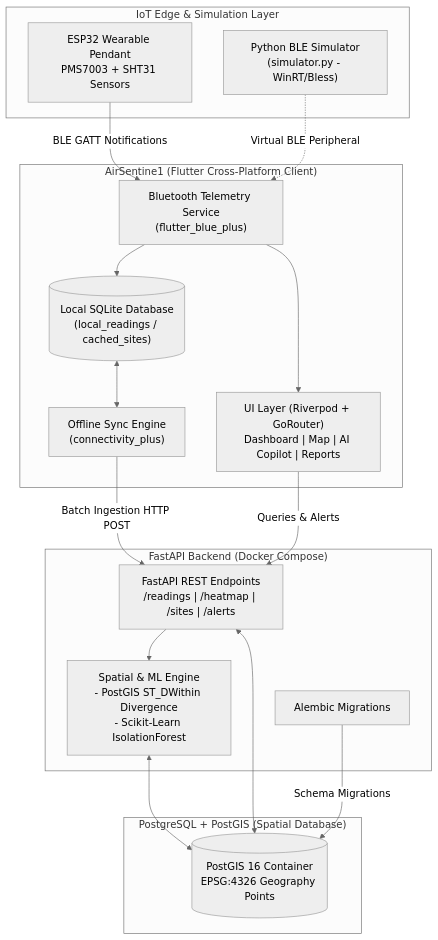
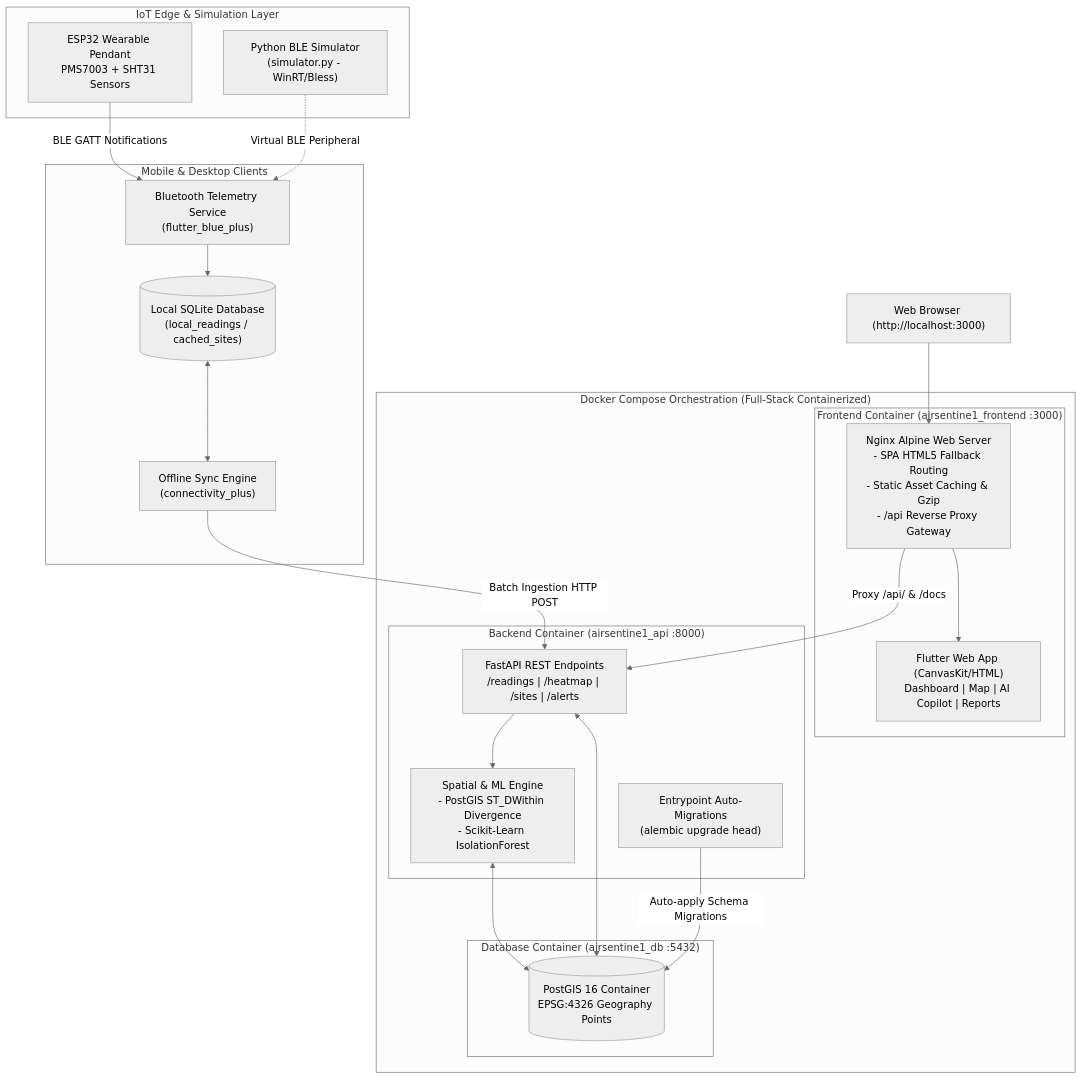
The first of 2 diagrams in README.md (anushkadwivedi75-dot/IPD_AQI), drawn with Mermaid (neutral theme) before and after one commit. The commit also changed other lines of this file and 14 other files, not shown here.

Commit message:
feat: add docker containerization support and API service layer for full-stack deployment

````diff
--- a/README.md
+++ b/README.md
@@ -58,36 +58,45 @@
 ```mermaid
 flowchart TD
     subgraph IoT_Hardware["IoT Edge & Simulation Layer"]
         ESP32["ESP32 Wearable Pendant\nPMS7003 + SHT31 Sensors"]
         SIM["Python BLE Simulator\n(simulator.py - WinRT/Bless)"]
     end
 
-    subgraph Client_App["AirSentine1 (Flutter Cross-Platform Client)"]
+    subgraph Docker_Stack["Docker Compose Orchestration (Full-Stack Containerized)"]
+        subgraph Frontend_Container["Frontend Container (airsentine1_frontend :3000)"]
+            NGINX["Nginx Alpine Web Server\n- SPA HTML5 Fallback Routing\n- Static Asset Caching & Gzip\n- /api Reverse Proxy Gateway"]
+            FLUTTER_WEB["Flutter Web App (CanvasKit/HTML)\nDashboard | Map | AI Copilot | Reports"]
+        end
+
+        subgraph Backend_Container["Backend Container (airsentine1_api :8000)"]
+            API_ROUTER["FastAPI REST Endpoints\n/readings | /heatmap | /sites | /alerts"]
+            SPATIAL_ENG["Spatial & ML Engine\n- PostGIS ST_DWithin Divergence\n- Scikit-Learn IsolationForest"]
+            ENTRYPOINT["Entrypoint Auto-Migrations\n(alembic upgrade head)"]
+        end
+
+        subgraph Database_Container["Database Container (airsentine1_db :5432)"]
+            PG_DB[("PostGIS 16 Container\nEPSG:4326 Geography Points")]
+        end
+    end
+
+    subgraph Native_Clients["Mobile & Desktop Clients"]
         BLE_SVC["Bluetooth Telemetry Service\n(flutter_blue_plus)"]
         LOCAL_DB[("Local SQLite Database\n(local_readings / cached_sites)")]
         SYNC_SVC["Offline Sync Engine\n(connectivity_plus)"]
-        UI["UI Layer (Riverpod + GoRouter)\nDashboard | Map | AI Copilot | Reports"]
-    end
-
-    subgraph Cloud_Backend["FastAPI Backend (Docker Compose)"]
-        API_ROUTER["FastAPI REST Endpoints\n/readings | /heatmap | /sites | /alerts"]
-        SPATIAL_ENG["Spatial & ML Engine\n- PostGIS ST_DWithin Divergence\n- Scikit-Learn IsolationForest"]
-        ALEMBIC["Alembic Migrations"]
-    end
-
-    subgraph Storage["PostgreSQL + PostGIS (Spatial Database)"]
-        PG_DB[("PostGIS 16 Container\nEPSG:4326 Geography Points")]
     end
 
     ESP32 -->|BLE GATT Notifications| BLE_SVC
     SIM -.->|Virtual BLE Peripheral| BLE_SVC
-    BLE_SVC --> UI
     BLE_SVC --> LOCAL_DB
     LOCAL_DB <--> SYNC_SVC
     SYNC_SVC -->|Batch Ingestion HTTP POST| API_ROUTER
-    UI -->|Queries & Alerts| API_ROUTER
+
+    Browser["Web Browser (http://localhost:3000)"] --> NGINX
+    NGINX --> FLUTTER_WEB
+    NGINX -->|Proxy /api/ & /docs| API_ROUTER
+
     API_ROUTER --> SPATIAL_ENG
     SPATIAL_ENG <--> PG_DB
     API_ROUTER <--> PG_DB
-    ALEMBIC -->|Schema Migrations| PG_DB
+    ENTRYPOINT -->|Auto-apply Schema Migrations| PG_DB
 ```
````
